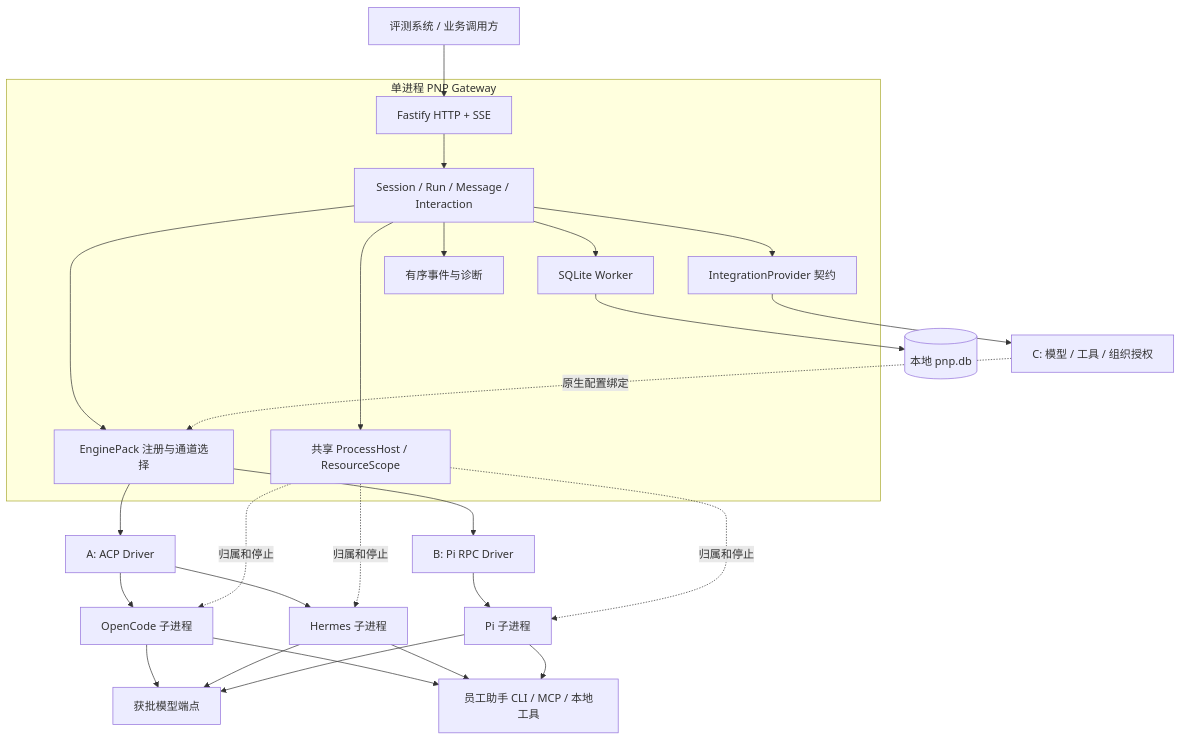
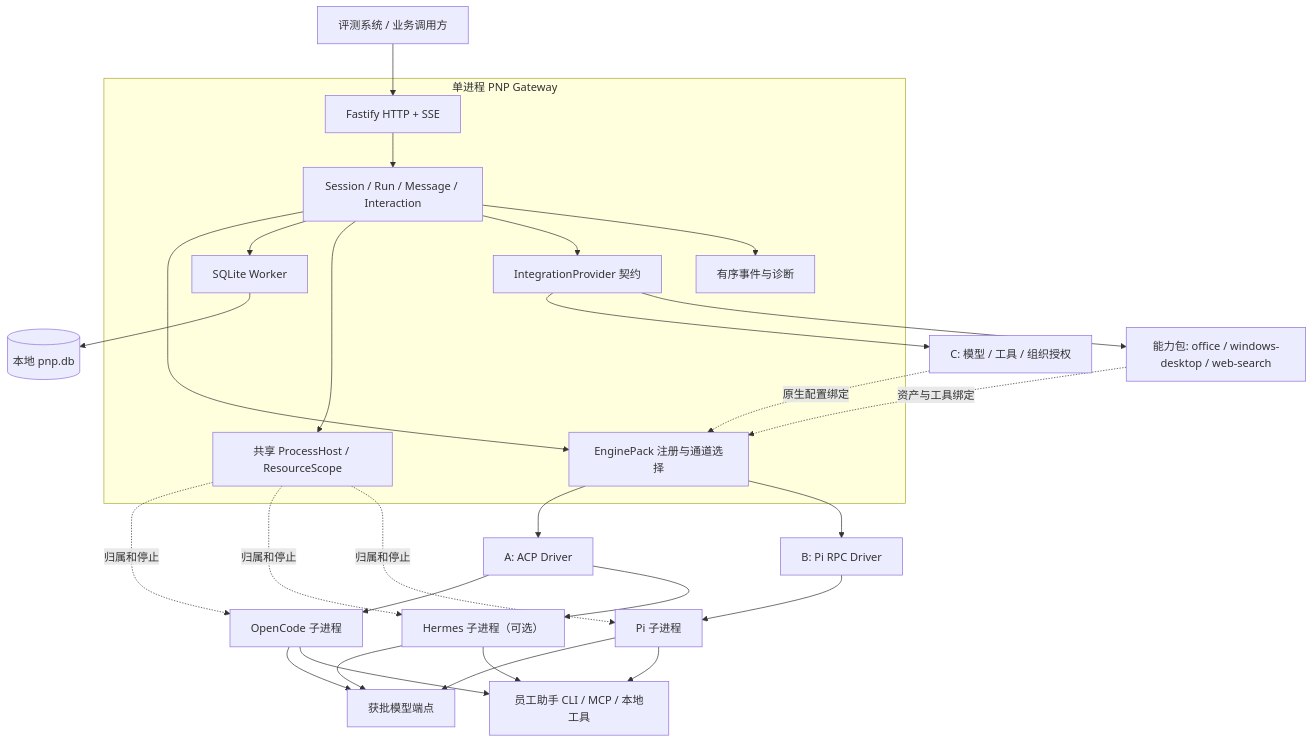
One commit to nhx0608/PNP changed the first of 2 diagrams in engineering/docs/spec/architecture.md. Above: the diagram before and after it, drawn with Mermaid. The commit also changed other lines of this file and 23 other files, not shown here.

````diff
--- a/engineering/docs/spec/architecture.md
+++ b/engineering/docs/spec/architecture.md
@@ -11,29 +11,31 @@
 ```mermaid
 flowchart TB
   Client[评测系统 / 业务调用方] --> API[Fastify HTTP + SSE]
   subgraph Gateway[单进程 PNP Gateway]
     API --> Core[Session / Run / Message / Interaction]
     Core --> Registry[EnginePack 注册与通道选择]
     Core --> DBWorker[SQLite Worker]
     Core --> Host[共享 ProcessHost / ResourceScope]
     Core --> Integration[IntegrationProvider 契约]
     Core --> Events[有序事件与诊断]
   end
   Registry --> ACP[A: ACP Driver]
   Registry --> RPC[B: Pi RPC Driver]
   ACP --> OC[OpenCode 子进程]
-  ACP --> HE[Hermes 子进程]
+  ACP --> HE[Hermes 子进程（可选）]
   RPC --> PI[Pi 子进程]
   Host -. 归属和停止 .-> OC
   Host -. 归属和停止 .-> HE
   Host -. 归属和停止 .-> PI
   Integration --> Internal[C: 模型 / 工具 / 组织授权]
+  Integration --> Packs[能力包: office / windows-desktop / web-search]
   Internal -. 原生配置绑定 .-> Registry
+  Packs -. 资产与工具绑定 .-> Registry
   OC --> Model[获批模型端点]
   HE --> Model
   PI --> Model
   OC --> Tools[员工助手 CLI / MCP / 本地工具]
   HE --> Tools
   PI --> Tools
   DBWorker --> SQLite[(本地 pnp.db)]
 ```
````
